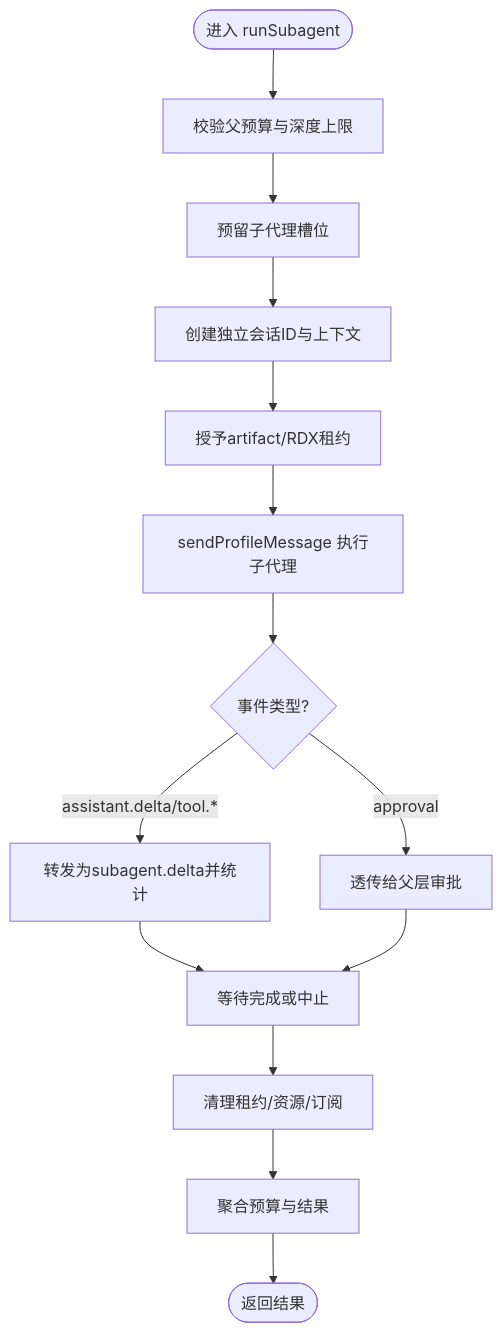
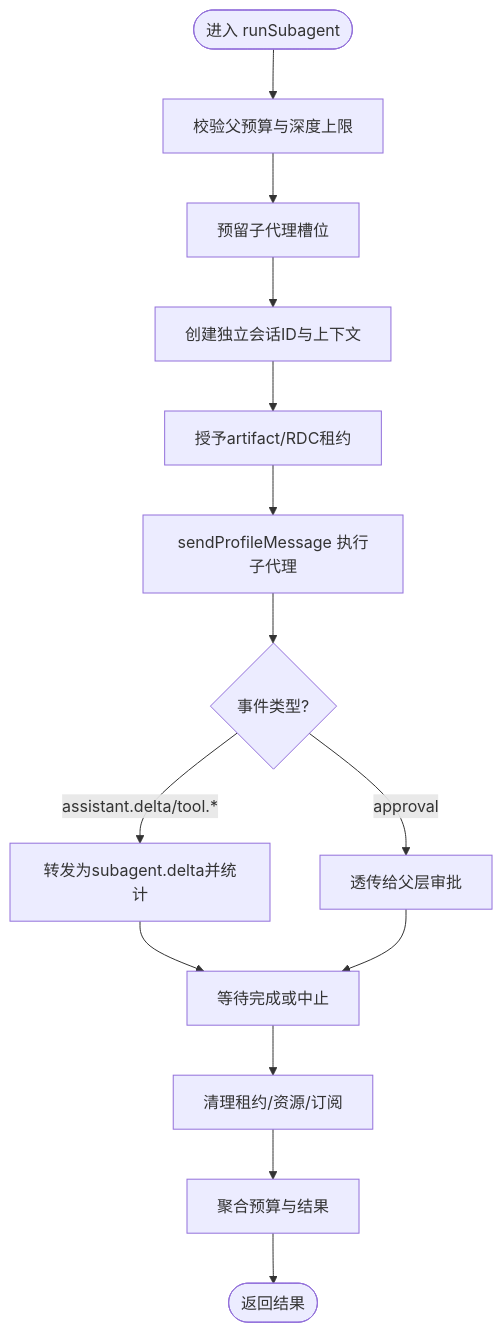
One commit to haolange/RDC-Agent changed the third of 8 diagrams in .qoder/repowiki/zh/content/架构设计/主进程架构/Agent 编排系统/SubagentRunner 子代理执行器.md. Above: the diagram before and after it, drawn with Mermaid. The commit also changed other lines of this file and 557 other files, not shown here.

````diff
--- a/.qoder/repowiki/zh/content/架构设计/主进程架构/Agent 编排系统/SubagentRunner 子代理执行器.md
+++ b/.qoder/repowiki/zh/content/架构设计/主进程架构/Agent 编排系统/SubagentRunner 子代理执行器.md
@@ -130,16 +130,16 @@
 ```mermaid
 flowchart TD
 Start(["进入 runSubagent"]) --> CheckBudget["校验父预算与深度上限"]
 CheckBudget --> Reserve["预留子代理槽位"]
 Reserve --> Isolate["创建独立会话ID与上下文"]
-Isolate --> Grant["授予artifact/RDX租约"]
+Isolate --> Grant["授予artifact/RDC租约"]
 Grant --> RunAgent["sendProfileMessage 执行子代理"]
 RunAgent --> Events{"事件类型?"}
 Events --> |assistant.delta/tool.*| Forward["转发为subagent.delta并统计"]
 Events --> |approval| ParentForward["透传给父层审批"]
 Forward --> Wait["等待完成或中止"]
 ParentForward --> Wait
 Wait --> Cleanup["清理租约/资源/订阅"]
 Cleanup --> Aggregate["聚合预算与结果"]
 Aggregate --> End(["返回结果"])
 ```
````
